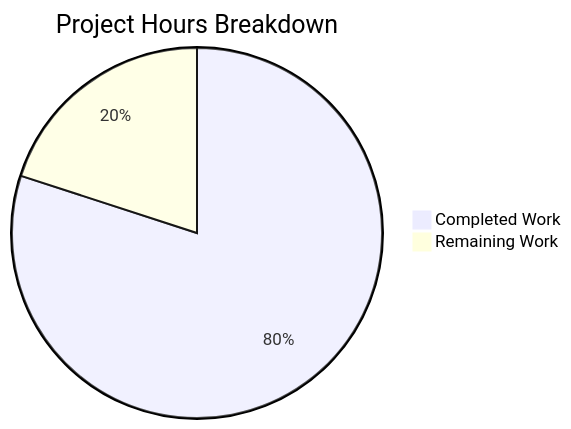
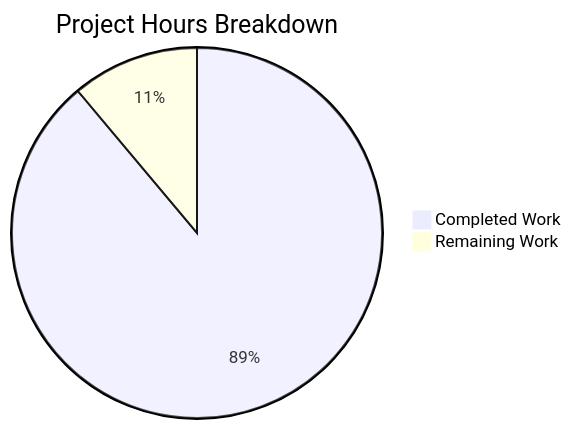
Before and after one commit to Sandeep01Kumar/Existing-product-08-dec-repo: the diagram in blitzy/documentation/Project Guide.md, drawn with Mermaid. The commit also changed other lines of this file, not shown here.

Commit message:
Adding Blitzy Project Guide: Project Status and Human Tasks Remaining

````diff
--- a/blitzy/documentation/Project Guide.md
+++ b/blitzy/documentation/Project Guide.md
@@ -97,5 +76,5 @@
 ```mermaid
 pie title Project Hours Breakdown
     "Completed Work" : 8
-    "Remaining Work" : 2
+    "Remaining Work" : 1
 ```
````
